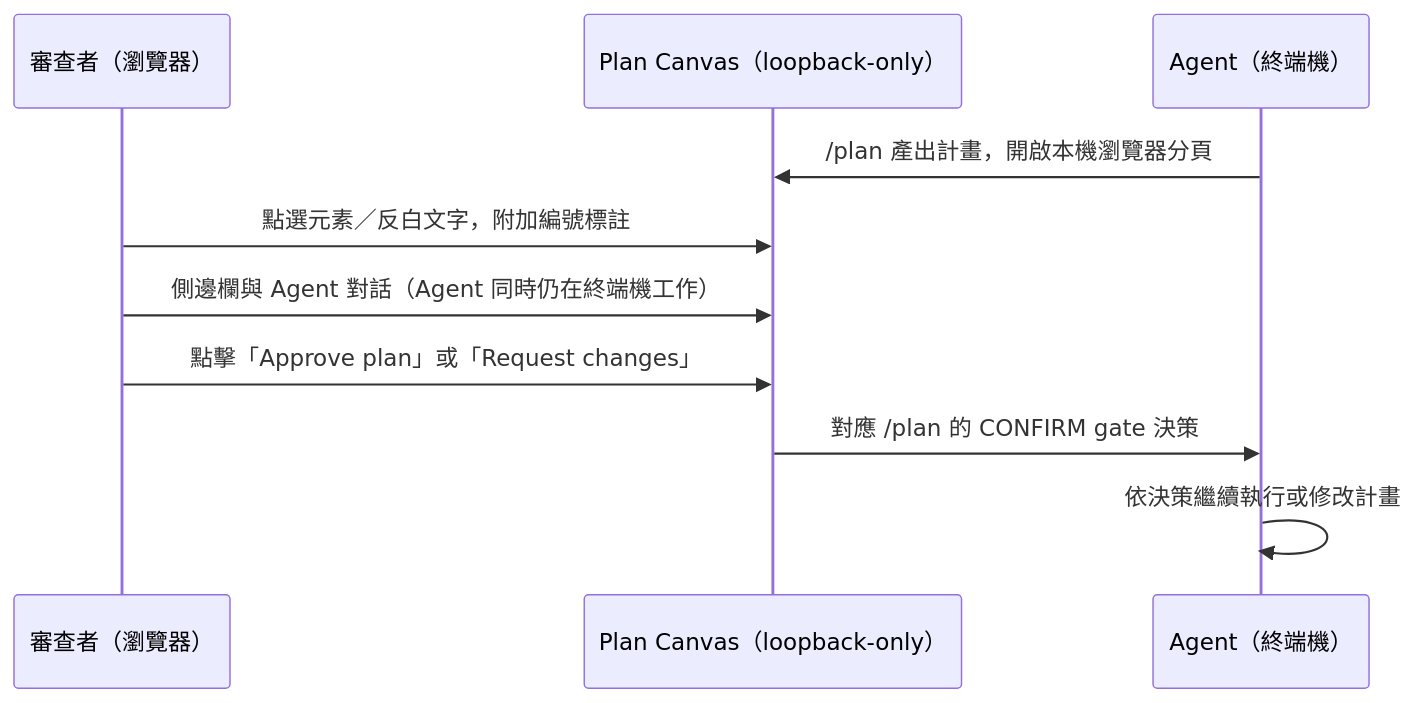
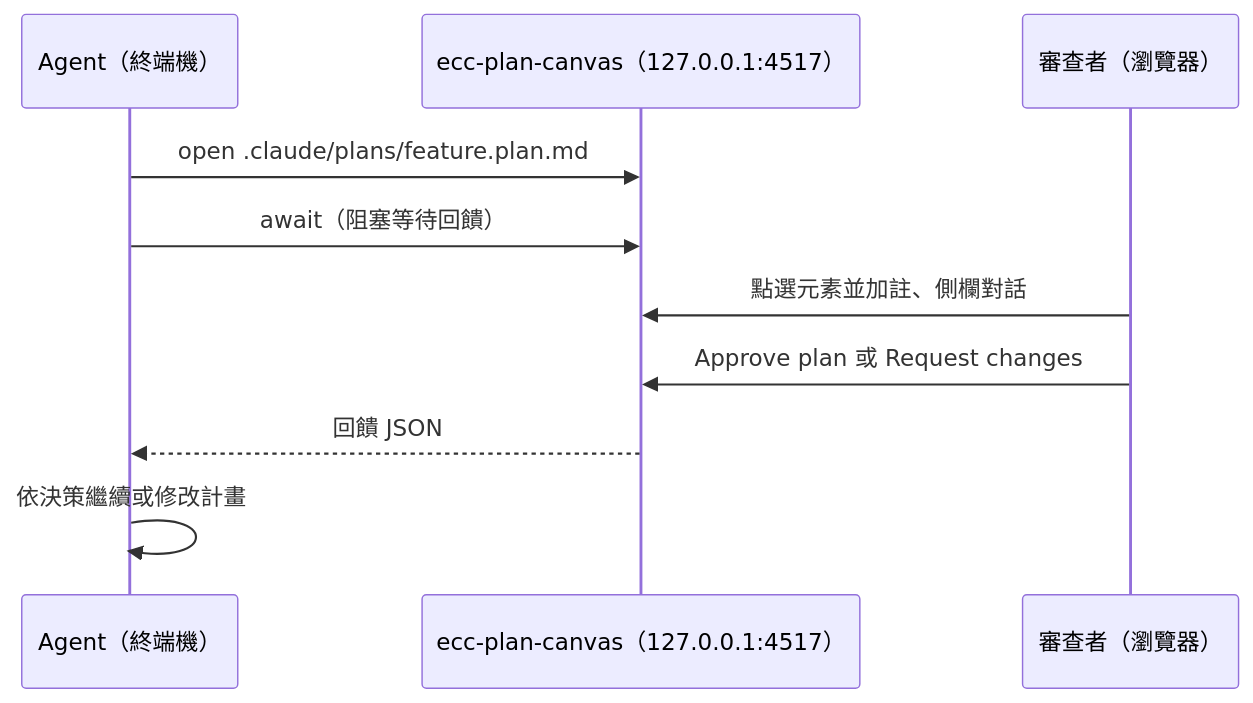
One commit to chihhung/Blog changed diagram 11 of 29 in content/posts/教學/AI開發/Everything Claude Code 教學手冊.md. Above: the diagram before and after it, drawn with Mermaid. The commit also changed other lines of this file, not shown here.

Commit message:
docs: update Everything Claude code 教學手冊

````diff
--- a/content/posts/教學/AI開發/Everything Claude Code 教學手冊.md
+++ b/content/posts/教學/AI開發/Everything Claude Code 教學手冊.md
@@ -2344,13 +2424,12 @@
 ```mermaid
 sequenceDiagram
+    participant A as Agent（終端機）
+    participant C as ecc-plan-canvas（127.0.0.1:4517）
     participant U as 審查者（瀏覽器）
-    participant C as Plan Canvas（loopback-only）
-    participant A as Agent（終端機）
-
-    A->>C: /plan 產出計畫，開啟本機瀏覽器分頁
-    U->>C: 點選元素／反白文字，附加編號標註
-    U->>C: 側邊欄與 Agent 對話（Agent 同時仍在終端機工作）
-    U->>C: 點擊「Approve plan」或「Request changes」
-    C->>A: 對應 /plan 的 CONFIRM gate 決策
-    A->>A: 依決策繼續執行或修改計畫
+    A->>C: open .claude/plans/feature.plan.md
+    A->>C: await（阻塞等待回饋）
+    U->>C: 點選元素並加註、側欄對話
+    U->>C: Approve plan 或 Request changes
+    C-->>A: 回饋 JSON
+    A->>A: 依決策繼續或修改計畫
 ```
````
